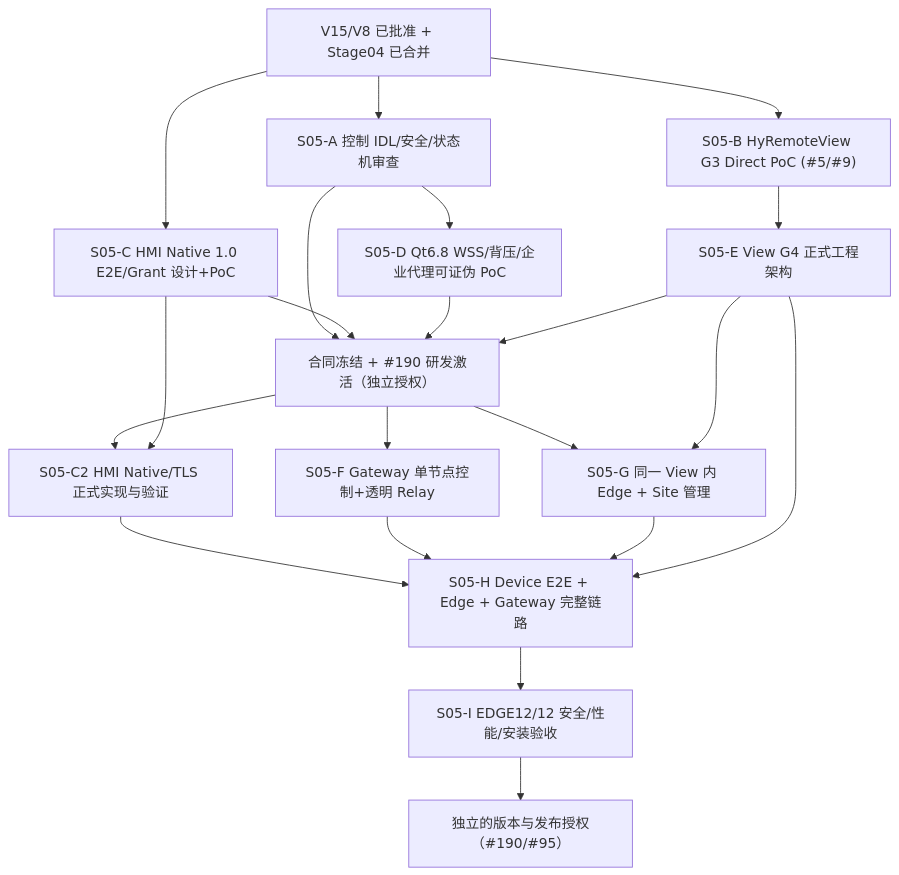
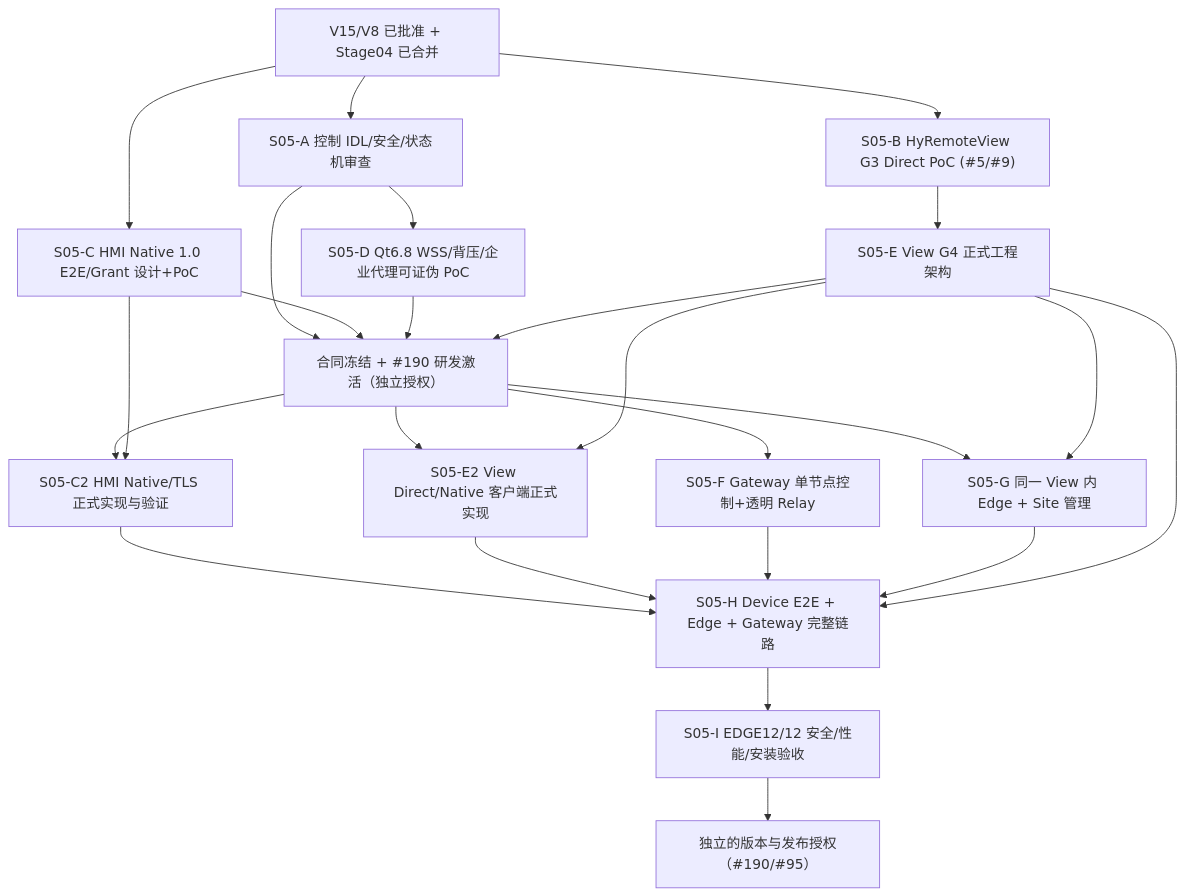
One commit to skawu/HyRemote changed the diagram in docs/internal/stage05-managed-edge-implementation-dag-2026-11-04.md. Above: the diagram before and after it, drawn with Mermaid. The commit also changed other lines of this file, not shown here.

Commit message:
docs(architecture): include formal View client as explicit E2E dependency

````diff
--- a/docs/internal/stage05-managed-edge-implementation-dag-2026-11-04.md
+++ b/docs/internal/stage05-managed-edge-implementation-dag-2026-11-04.md
@@ -13,36 +13,40 @@
 ```mermaid
 flowchart TB
   BASE["V15/V8 已批准 + Stage04 已合并"]
   IDL["S05-A 控制 IDL/安全/状态机审查"]
   VIEW["S05-B HyRemoteView G3 Direct PoC (#5/#9)"]
   HMI["S05-C HMI Native 1.0 E2E/Grant 设计+PoC"]
   NET["S05-D Qt6.8 WSS/背压/企业代理可证伪 PoC"]
   G4["S05-E View G4 正式工程架构"]
   FREEZE["合同冻结 + #190 研发激活（独立授权）"]
   NATIVE["S05-C2 HMI Native/TLS 正式实现与验证"]
+  VIEWCLIENT["S05-E2 View Direct/Native 客户端正式实现"]
   GW["S05-F Gateway 单节点控制+透明 Relay"]
   EDGE["S05-G 同一 View 内 Edge + Site 管理"]
   FULL["S05-H Device E2E + Edge + Gateway 完整链路"]
   QUAL["S05-I EDGE12/12 安全/性能/安装验收"]
   RELEASE["独立的版本与发布授权（#190/#95）"]
   BASE --> IDL
   BASE --> VIEW
   BASE --> HMI
   IDL --> NET
   VIEW --> G4
   IDL --> FREEZE
   HMI --> FREEZE
   NET --> FREEZE
   G4 --> FREEZE
   FREEZE --> NATIVE
   HMI --> NATIVE
+  FREEZE --> VIEWCLIENT
+  G4 --> VIEWCLIENT
   FREEZE --> GW
   FREEZE --> EDGE
   G4 --> EDGE
   NATIVE --> FULL
+  VIEWCLIENT --> FULL
   GW --> FULL
   EDGE --> FULL
   G4 --> FULL
   FULL --> QUAL
   QUAL --> RELEASE
 ```
````
